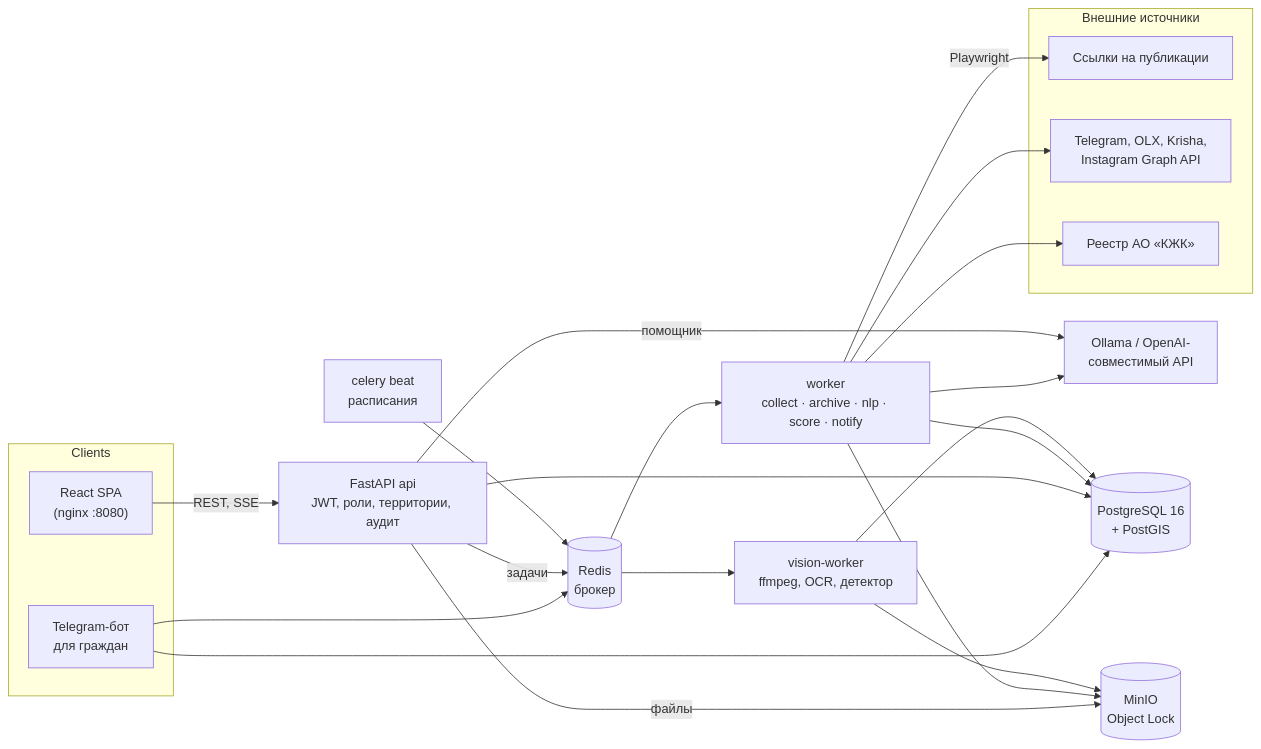
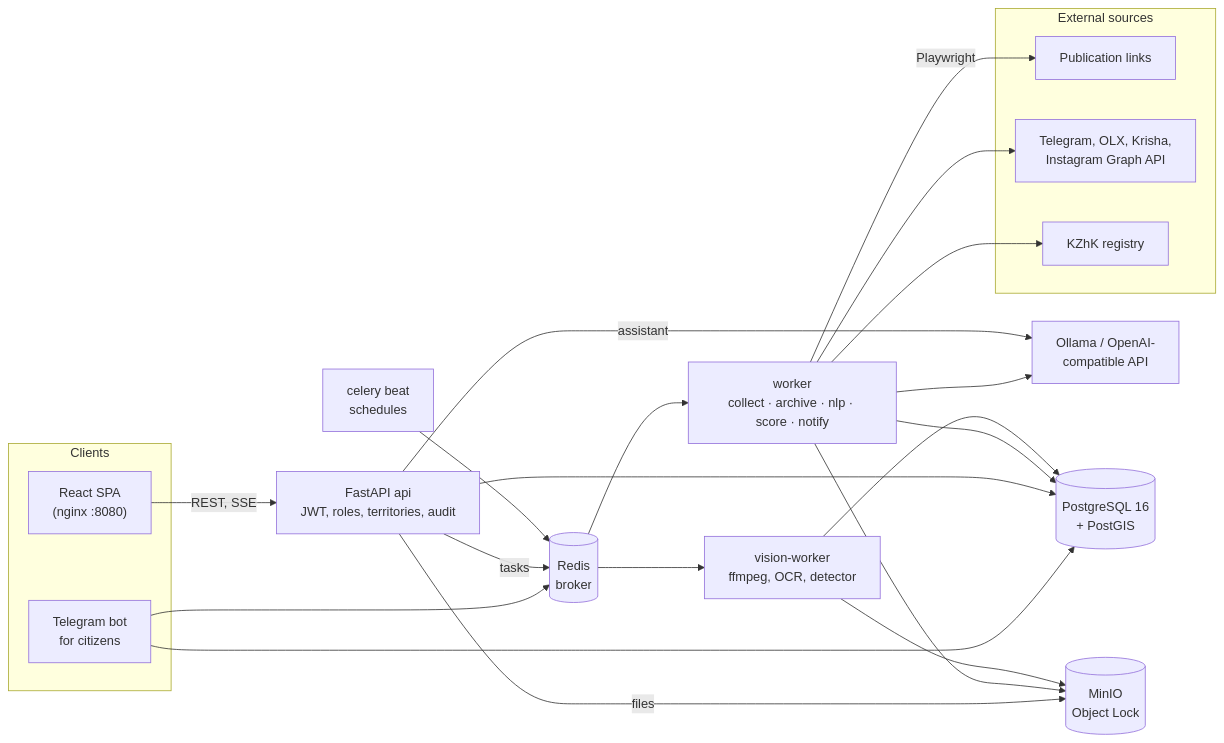
The first of 3 diagrams in README.md (hhhhhffd/saq-qurylys), drawn with Mermaid before and after one commit. The commit also changed other lines of this file and 1 other file, not shown here.

````diff
--- a/README.md
+++ b/README.md
@@ -33,42 +58,42 @@
 ```mermaid
 flowchart LR
     subgraph Clients
         SPA["React SPA<br/>(nginx :8080)"]
-        BOT["Telegram-бот<br/>для граждан"]
+        BOT["Telegram bot<br/>for citizens"]
     end
 
-    subgraph Sources["Внешние источники"]
-        WEB["Ссылки на публикации"]
+    subgraph Sources["External sources"]
+        WEB["Publication links"]
         COL["Telegram, OLX, Krisha,<br/>Instagram Graph API"]
-        KZH["Реестр АО «КЖК»"]
+        KZH["KZhK registry"]
     end
 
-    API["FastAPI api<br/>JWT, роли, территории, аудит"]
-    BEAT["celery beat<br/>расписания"]
+    API["FastAPI api<br/>JWT, roles, territories, audit"]
+    BEAT["celery beat<br/>schedules"]
     W["worker<br/>collect · archive · nlp · score · notify"]
-    VW["vision-worker<br/>ffmpeg, OCR, детектор"]
-    LLM["Ollama / OpenAI-<br/>совместимый API"]
+    VW["vision-worker<br/>ffmpeg, OCR, detector"]
+    LLM["Ollama / OpenAI-<br/>compatible API"]
 
     PG[("PostgreSQL 16<br/>+ PostGIS")]
-    RD[("Redis<br/>брокер")]
+    RD[("Redis<br/>broker")]
     S3[("MinIO<br/>Object Lock")]
 
     SPA -->|REST, SSE| API
     BOT --> PG
     BOT --> RD
     API --> PG
-    API -->|задачи| RD
-    API -->|файлы| S3
+    API -->|tasks| RD
+    API -->|files| S3
     BEAT --> RD
     RD --> W
     RD --> VW
     W --> PG
     W --> S3
     W -->|Playwright| WEB
     W --> COL
     W --> KZH
     W --> LLM
-    API -->|помощник| LLM
+    API -->|assistant| LLM
     VW --> PG
     VW --> S3
 ```
````
